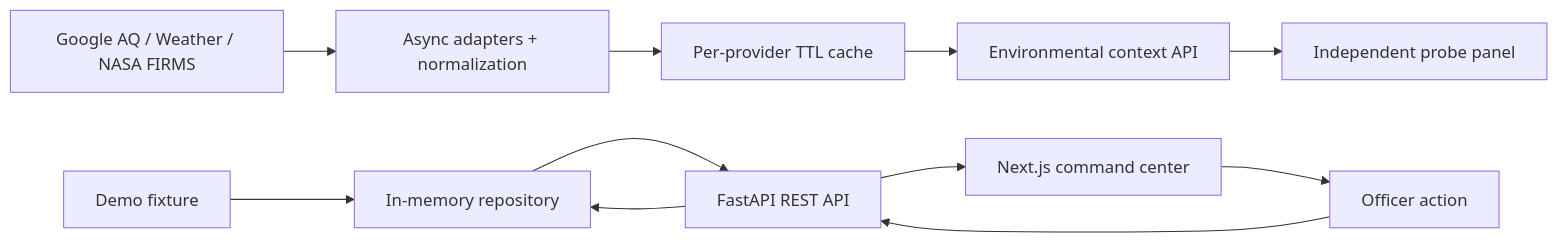
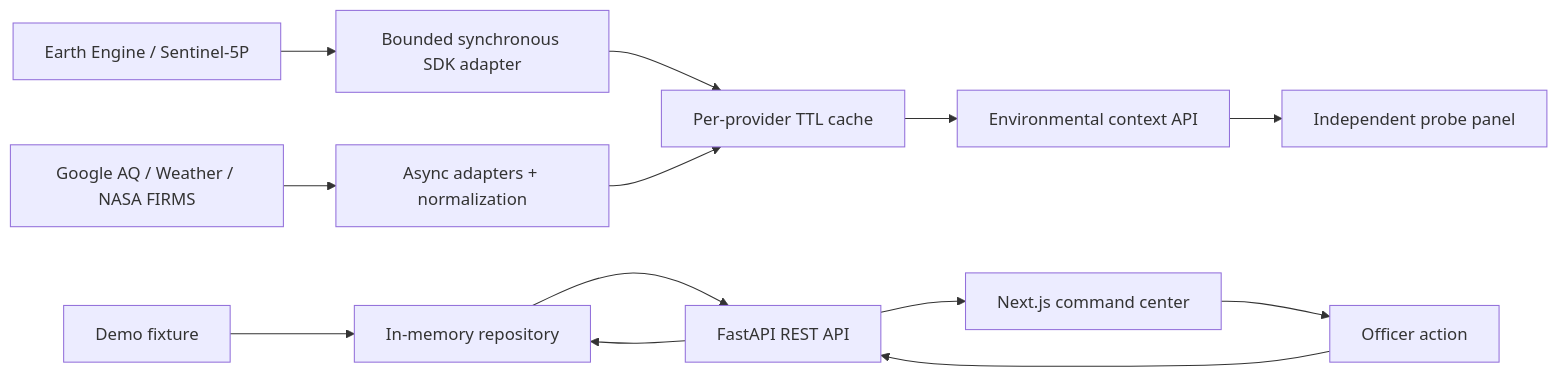
Before and after one commit to aadiandrj-prog/airshedos: the diagram in docs/ARCHITECTURE.md, drawn with Mermaid. The commit also changed other lines of this file and 40 other files, not shown here.

````diff
--- a/docs/ARCHITECTURE.md
+++ b/docs/ARCHITECTURE.md
@@ -5,13 +5,15 @@
 ```mermaid
 flowchart LR
+  Satellite[Earth Engine / Sentinel-5P] --> Bounded[Bounded synchronous SDK adapter]
+  Bounded --> Cache
   Providers[Google AQ / Weather / NASA FIRMS] --> Normalize[Async adapters + normalization]
   Normalize --> Cache[Per-provider TTL cache]
   Cache --> Context[Environmental context API]
   Context --> Probe[Independent probe panel]
   Fixture[Demo fixture] --> Repository[In-memory repository]
   Repository --> API[FastAPI REST API]
   API --> Web[Next.js command center]
   Web --> Action[Officer action]
   Action --> API
   API --> Repository
 ```
````
